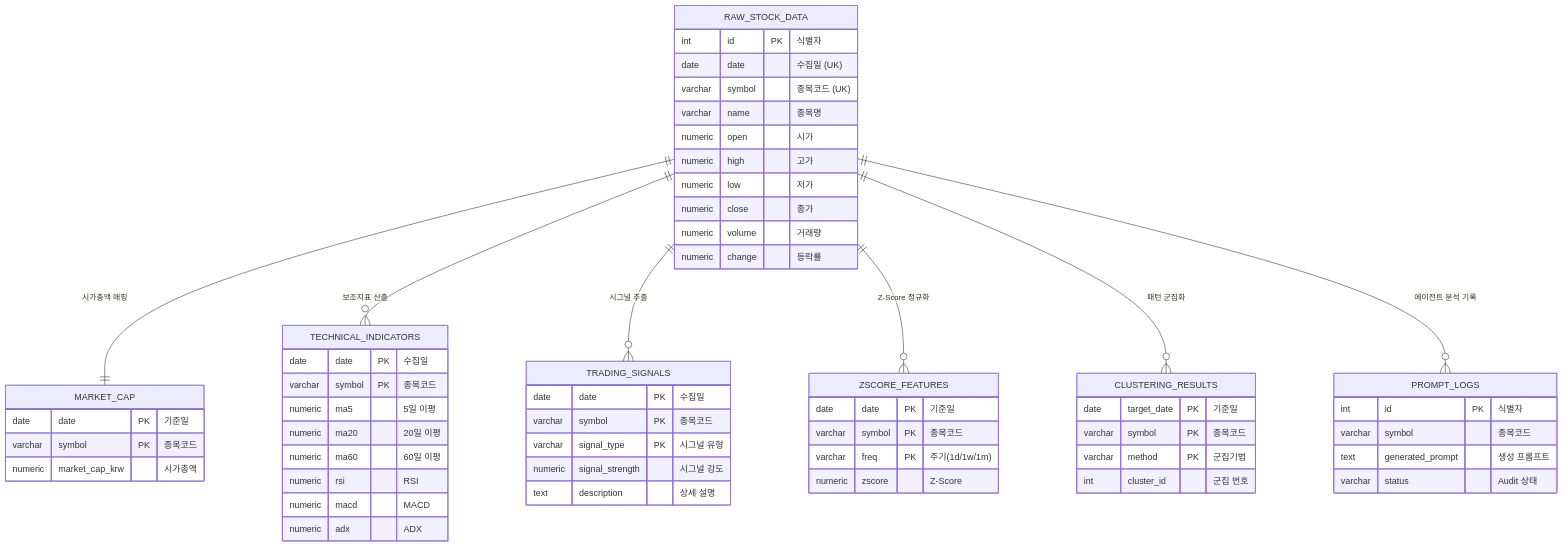
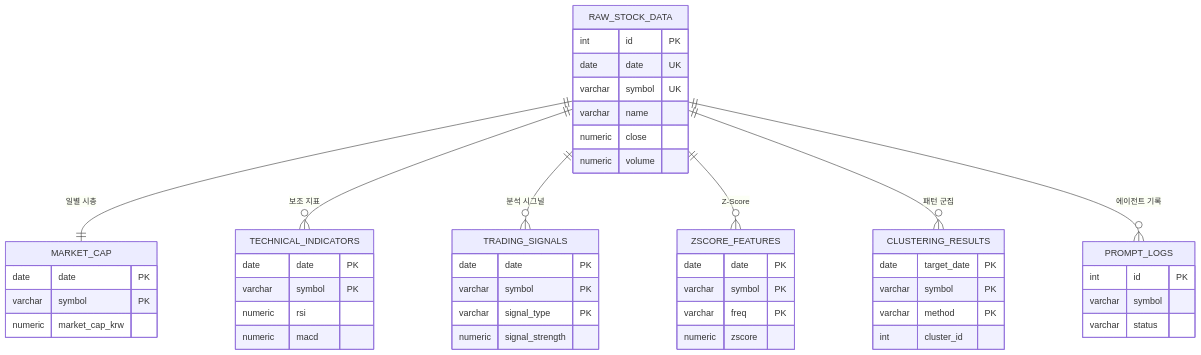
Before and after one commit to hugingstar/ggeolmu: the second of 2 diagrams in README.md, drawn with Mermaid. The commit also changed other lines of this file, not shown here.

Commit message:
docs: README.md ERD 머메이드 다이어그램 엔티티 슬림화 및 글자 크기 시원하게 확대

````diff
--- a/README.md
+++ b/README.md
@@ -79,69 +79,59 @@
 ```mermaid
 erDiagram
     RAW_STOCK_DATA {
-        int id PK "식별자"
-        date date "수집일 (UK)"
-        varchar symbol "종목코드 (UK)"
-        varchar name "종목명"
-        numeric open "시가"
-        numeric high "고가"
-        numeric low "저가"
-        numeric close "종가"
-        numeric volume "거래량"
-        numeric change "등락률"
+        int id PK
+        date date UK
+        varchar symbol UK
+        varchar name
+        numeric close
+        numeric volume
     }
 
     MARKET_CAP {
-        date date PK "기준일"
-        varchar symbol PK "종목코드"
-        numeric market_cap_krw "시가총액"
+        date date PK
+        varchar symbol PK
+        numeric market_cap_krw
     }
 
     TECHNICAL_INDICATORS {
-        date date PK "수집일"
-        varchar symbol PK "종목코드"
-        numeric ma5 "5일 이평"
-        numeric ma20 "20일 이평"
-        numeric ma60 "60일 이평"
-        numeric rsi "RSI"
-        numeric macd "MACD"
-        numeric adx "ADX"
+        date date PK
+        varchar symbol PK
+        numeric rsi
+        numeric macd
     }
 
     TRADING_SIGNALS {
-        date date PK "수집일"
-        varchar symbol PK "종목코드"
-        varchar signal_type PK "시그널 유형"
-        numeric signal_strength "시그널 강도"
-        text description "상세 설명"
+        date date PK
+        varchar symbol PK
+        varchar signal_type PK
+        numeric signal_strength
     }
 
     ZSCORE_FEATURES {
-        date date PK "기준일"
-        varchar symbol PK "종목코드"
-        varchar freq PK "주기(1d/1w/1m)"
-        numeric zscore "Z-Score"
+        date date PK
+        varchar symbol PK
+        varchar freq PK
+        numeric zscore
     }
 
     CLUSTERING_RESULTS {
-        date target_date PK "기준일"
-        varchar symbol PK "종목코드"
-        varchar method PK "군집기법"
-        int cluster_id "군집 번호"
+        date target_date PK
+        varchar symbol PK
+        varchar method PK
+        int cluster_id
     }
 
     PROMPT_LOGS {
-        int id PK "식별자"
-        varchar symbol "종목코드"
-        text generated_prompt "생성 프롬프트"
-        varchar status "Audit 상태"
+        int id PK
+        varchar symbol
+        varchar status
     }
 
-    %% 수직/수평 방사형 관계 배치
-    RAW_STOCK_DATA ||--|| MARKET_CAP : "시가총액 매핑"
-    RAW_STOCK_DATA ||--o{ TECHNICAL_INDICATORS : "보조지표 산출"
-    RAW_STOCK_DATA ||--o{ TRADING_SIGNALS : "시그널 추출"
-    RAW_STOCK_DATA ||--o{ ZSCORE_FEATURES : "Z-Score 정규화"
-    RAW_STOCK_DATA ||--o{ CLUSTERING_RESULTS : "패턴 군집화"
-    RAW_STOCK_DATA ||--o{ PROMPT_LOGS : "에이전트 분석 기록"
+    %% 키 기준 방사형 연결 관계
+    RAW_STOCK_DATA ||--|| MARKET_CAP : "일별 시총"
+    RAW_STOCK_DATA ||--o{ TECHNICAL_INDICATORS : "보조 지표"
+    RAW_STOCK_DATA ||--o{ TRADING_SIGNALS : "분석 시그널"
+    RAW_STOCK_DATA ||--o{ ZSCORE_FEATURES : "Z-Score"
+    RAW_STOCK_DATA ||--o{ CLUSTERING_RESULTS : "패턴 군집"
+    RAW_STOCK_DATA ||--o{ PROMPT_LOGS : "에이전트 기록"
 ```
````
